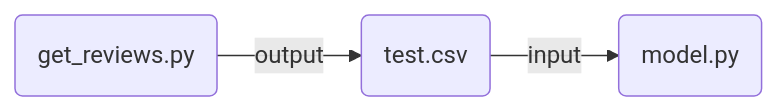
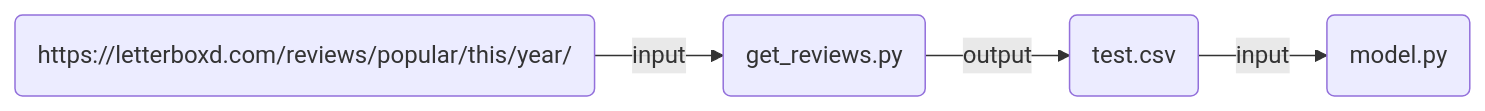
One commit to alivabernali/MovieRekomendr changed the diagram in README.md. Above: the diagram before and after it, drawn with Mermaid.

````diff
--- a/README.md
+++ b/README.md
@@ -13,4 +13,4 @@
 ```mermaid
 graph LR
-A(get_reviews.py)-->|output| B(test.csv)-->|input| C(model.py)
+Z(https://letterboxd.com/reviews/popular/this/year/)-->|input| A(get_reviews.py)-->|output| B(test.csv)-->|input| C(model.py)
 ```
````
